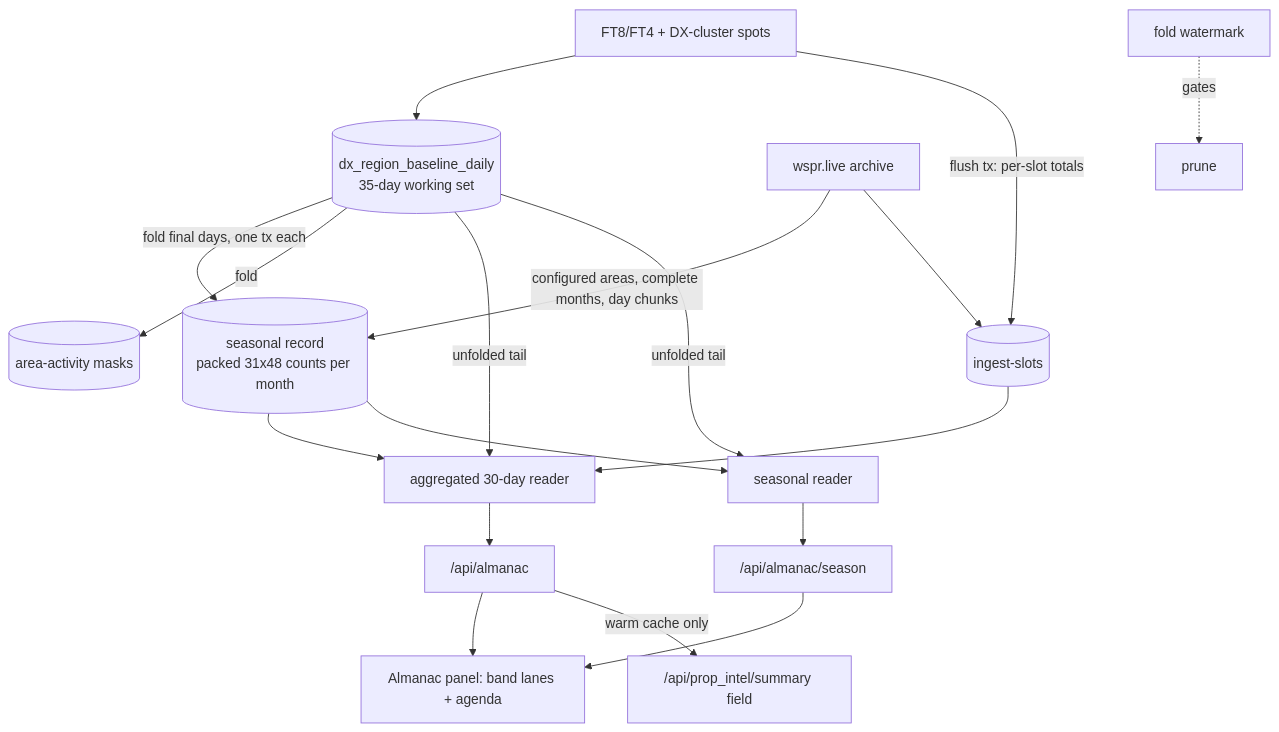
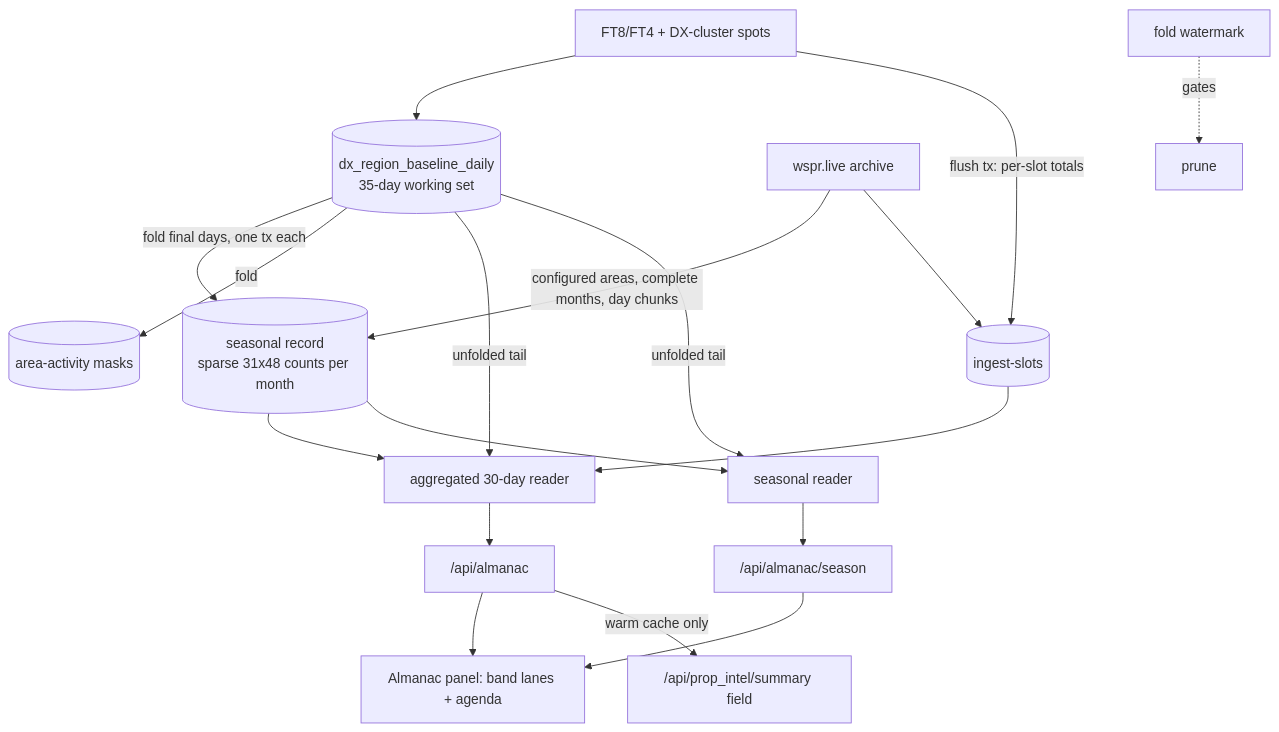
One commit to kgbvax/horstreporter changed the first of 2 diagrams in docs/plans/2026-09-28-001-feat-qth-propagation-almanac-plan.md. Above: the diagram before and after it, drawn with Mermaid. The commit also changed other lines of this file and 13 other files, not shown here.

Commit message:
perf(almanac): sparse varint encoding for the seasonal record (dense rows never TOAST-compress; 8.7 -> ~1.6 GB/year on prod)

````diff
--- a/docs/plans/2026-09-28-001-feat-qth-propagation-almanac-plan.md
+++ b/docs/plans/2026-09-28-001-feat-qth-propagation-almanac-plan.md
@@ -255,20 +257,20 @@
 ```mermaid
 flowchart TB
   S[FT8/FT4 + DX-cluster spots] --> D[(dx_region_baseline_daily<br/>35-day working set)]
   S -->|flush tx: per-slot totals| I[(ingest-slots)]
-  D -->|fold final days, one tx each| R[(seasonal record<br/>packed 31x48 counts per month)]
+  D -->|fold final days, one tx each| R[(seasonal record<br/>sparse 31x48 counts per month)]
   D -->|fold| A[(area-activity masks)]
   W[wspr.live archive] -->|configured areas, complete months, day chunks| R
   W --> I
   R --> L[aggregated 30-day reader]
   D -->|unfolded tail| L
   I --> L
   R --> Q[seasonal reader]
   D -->|unfolded tail| Q
   L --> API1["/api/almanac"]
   Q --> API2["/api/almanac/season"]
   API1 --> P[Almanac panel: band lanes + agenda]
   API2 --> P
   API1 -->|warm cache only| SUM["/api/prop_intel/summary field"]
   F[fold watermark] -.gates.-> PR[prune]
 ```
````
